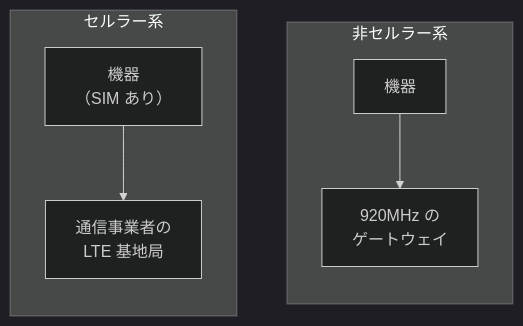
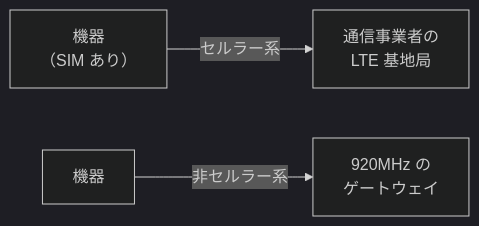
Before and after one commit to nnnaanaa/document: the second of 8 diagrams in network/protocol/iot.md, drawn with Mermaid (dark theme). The commit also changed other lines of this file, not shown here.

Commit message:
IoT暗記シートの縦長の図（QoS、CoAPの再送、セルラー系と非セルラー系）を横向きの流れに描き直す

````diff
--- a/network/protocol/iot.md
+++ b/network/protocol/iot.md
@@ -39,12 +39,5 @@
 ```mermaid
 flowchart LR
-  subgraph S["セルラー系"]
-    direction TB
-    S1["機器<br>（SIM あり）"] --> S2["通信事業者の<br>LTE 基地局"]
-  end
-  subgraph U["非セルラー系"]
-    direction TB
-    U1["機器"] --> U2["920MHz の<br>ゲートウェイ"]
-  end
-  S ~~~ U
+  S1["機器<br>（SIM あり）"] -- "セルラー系" --> S2["通信事業者の<br>LTE 基地局"]
+  U1["機器"] -- "非セルラー系" --> U2["920MHz の<br>ゲートウェイ"]
 ```
````
